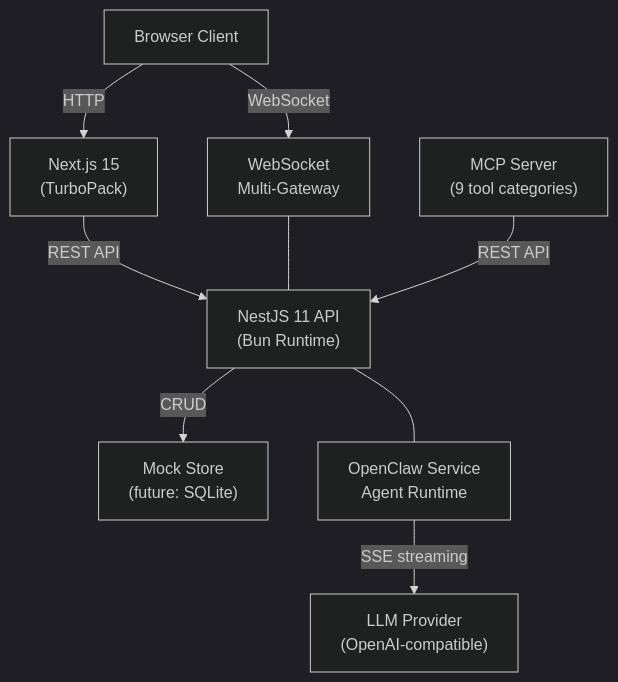
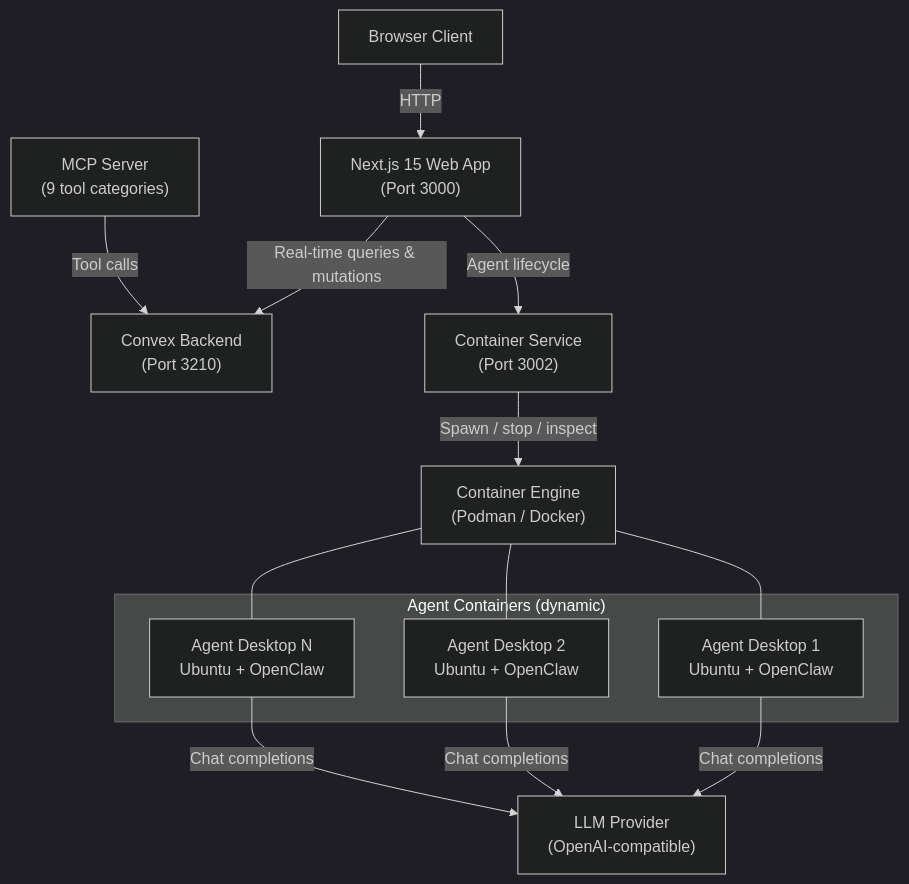
One commit to pde-rent/monokeros changed the diagram in docs/index.md. Above: the diagram before and after it, drawn with Mermaid (dark theme). The commit also changed other lines of this file and 50 other files, not shown here.

````diff
--- a/docs/index.md
+++ b/docs/index.md
@@ -128,21 +107,25 @@
 ```mermaid
 graph TB
     Browser["Browser Client"]
-    NextJS["Next.js 15<br/>(TurboPack)"]
-    NestJS["NestJS 11 API<br/>(Bun Runtime)"]
-    WS["WebSocket<br/>Multi-Gateway"]
-    Store["Mock Store<br/>(future: SQLite)"]
-    OCS["OpenClaw Service<br/>Agent Runtime"]
+    Web["Next.js 15 Web App<br/>(Port 3000)"]
+    Convex["Convex Backend<br/>(Port 3210)"]
+    CS["Container Service<br/>(Port 3002)"]
+    Docker["Container Engine\n(Podman / Docker)"]
+
+    subgraph Agents["Agent Containers (dynamic)"]
+        A1["Agent Desktop 1<br/>Ubuntu + OpenClaw"]
+        A2["Agent Desktop 2<br/>Ubuntu + OpenClaw"]
+        A3["Agent Desktop N<br/>Ubuntu + OpenClaw"]
+    end
+
     LLM["LLM Provider<br/>(OpenAI-compatible)"]
     MCP["MCP Server<br/>(9 tool categories)"]
 
-    Browser -->|HTTP| NextJS
-    Browser -->|WebSocket| WS
-    NextJS -->|REST API| NestJS
-    WS --- NestJS
-    NestJS -->|CRUD| Store
-    NestJS --- OCS
-    OCS -->|"SSE streaming"| LLM
-    MCP -->|REST API| NestJS
-
+    Browser -->|HTTP| Web
+    Web -->|Real-time queries & mutations| Convex
+    Web -->|Agent lifecycle| CS
+    CS -->|Spawn / stop / inspect| Docker
+    Docker --- A1 & A2 & A3
+    A1 & A2 & A3 -->|Chat completions| LLM
+    MCP -->|Tool calls| Convex
 ```
````
